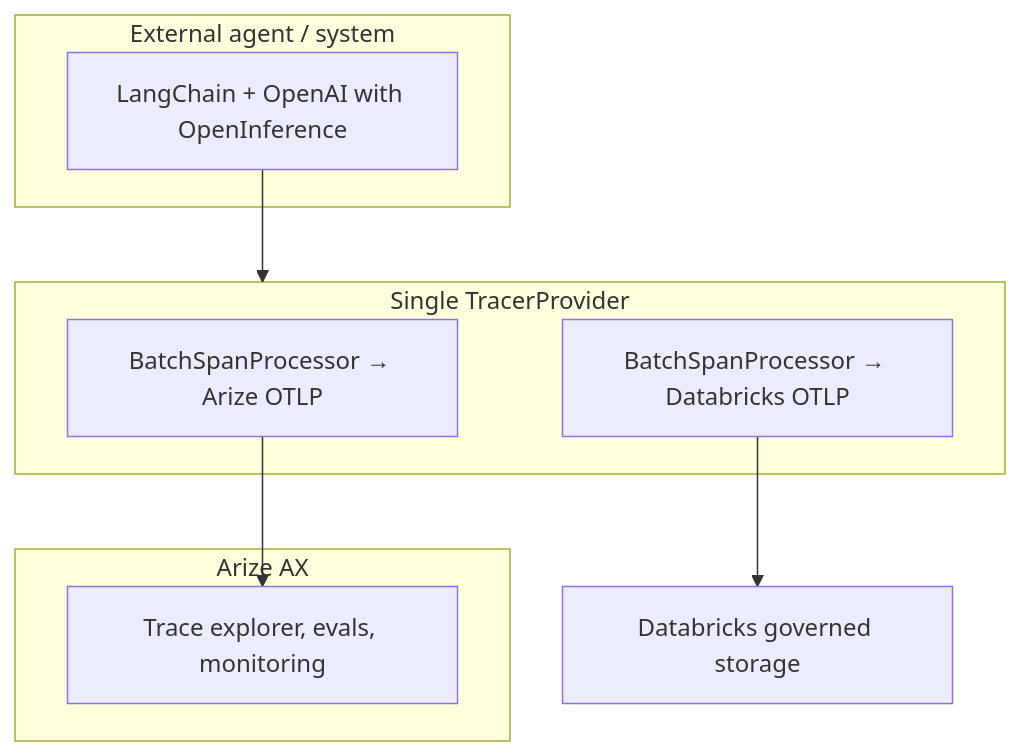
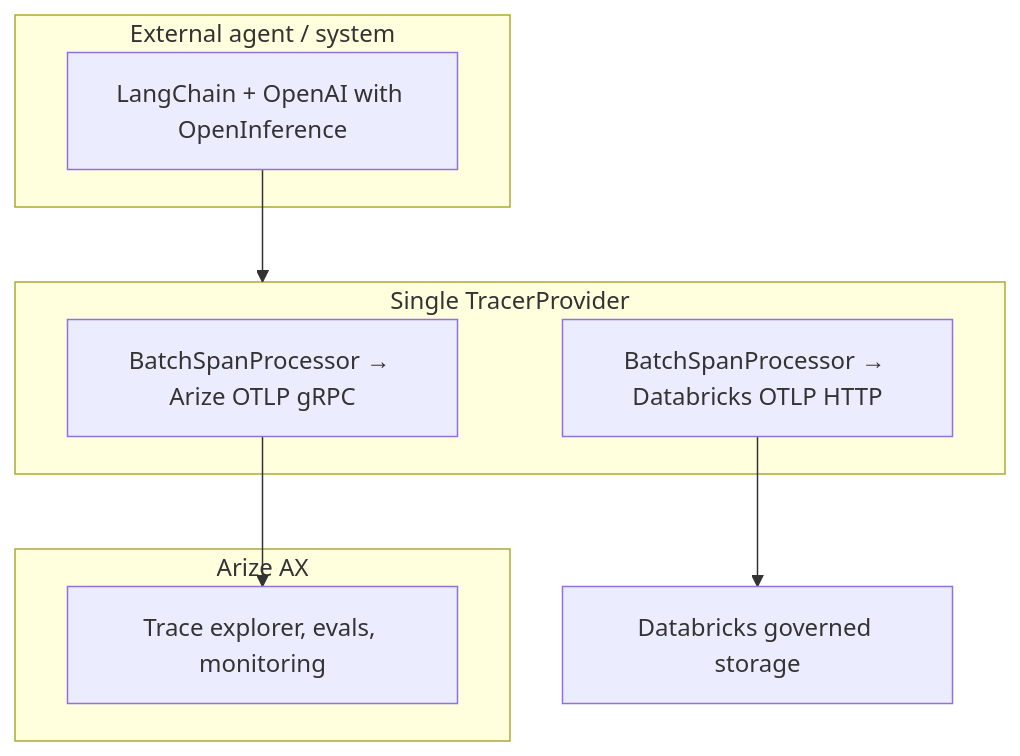
One commit to ryoung562/databricks-arize-dual-otel-ingest changed the diagram in README.md. Above: the diagram before and after it, drawn with Mermaid. The commit also changed other lines of this file and 5 other files, not shown here.

````diff
--- a/README.md
+++ b/README.md
@@ -12,21 +37,21 @@
 ```mermaid
 flowchart TB
   subgraph external [External agent / system]
     APP[LangChain + OpenAI with OpenInference]
   end
 
   subgraph otel [Single TracerProvider]
-    P1[BatchSpanProcessor → Arize OTLP]
-    P2[BatchSpanProcessor → Databricks OTLP]
+    P1[BatchSpanProcessor → Arize OTLP gRPC]
+    P2[BatchSpanProcessor → Databricks OTLP HTTP]
   end
 
   subgraph arize [Arize AX]
     UX[Trace explorer, evals, monitoring]
   end
 
   DBX[Databricks governed storage]
 
   APP --> otel
   P1 --> UX
   P2 --> DBX
 ```
````
